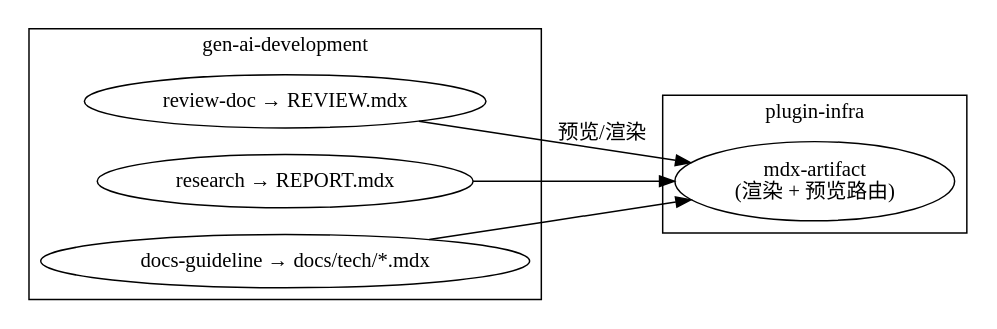
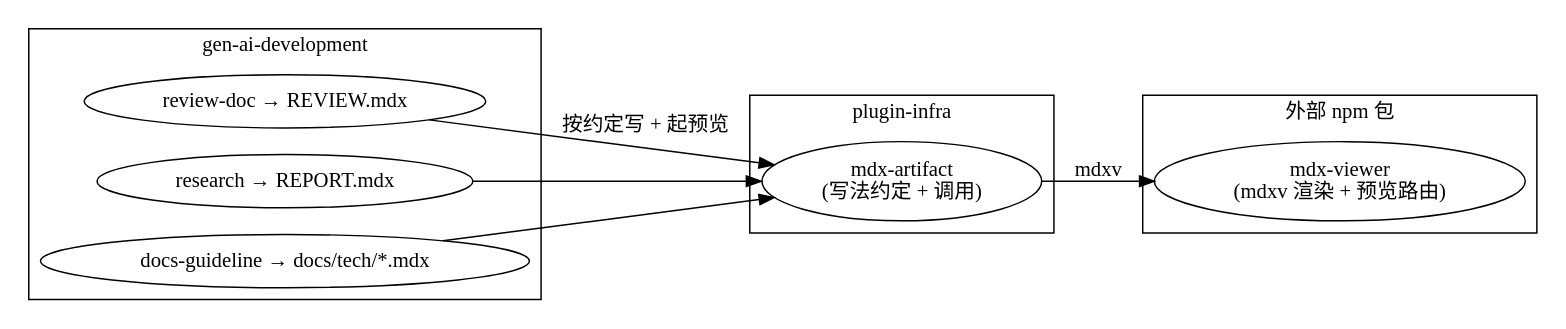
Before and after one commit to yanxuan-lc/excalivibe: the second of 2 diagrams in docs/tech/mdx-artifact/README.mdx, drawn with Graphviz. The commit also changed other lines of this file and 45 other files, not shown here.

First line of the commit message:
refactor(mdx-artifact): 渲染器外置到 mdx-viewer，skill 只留写作规范与 mdxv 预览

````diff
--- a/docs/tech/mdx-artifact/README.mdx
+++ b/docs/tech/mdx-artifact/README.mdx
@@ -87,13 +90,15 @@
 ```dot
 digraph { rankdir=LR
-  subgraph cluster_infra { label="plugin-infra"; MA [label="mdx-artifact\n(渲染 + 预览路由)"] }
+  subgraph cluster_ext { label="外部 npm 包"; MV [label="mdx-viewer\n(mdxv 渲染 + 预览路由)"] }
+  subgraph cluster_infra { label="plugin-infra"; MA [label="mdx-artifact\n(写法约定 + 调用)"] }
   subgraph cluster_dev { label="gen-ai-development"
     RD [label="review-doc → REVIEW.mdx"]
     RP [label="research → REPORT.mdx"]
     DG [label="docs-guideline → docs/tech/*.mdx"]
   }
-  RD -> MA [label="预览/渲染"]
+  RD -> MA [label="按约定写 + 起预览"]
   RP -> MA
   DG -> MA
+  MA -> MV [label="mdxv"]
 }
 ```
````
